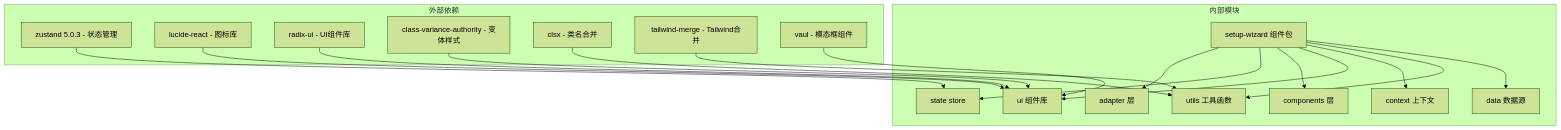
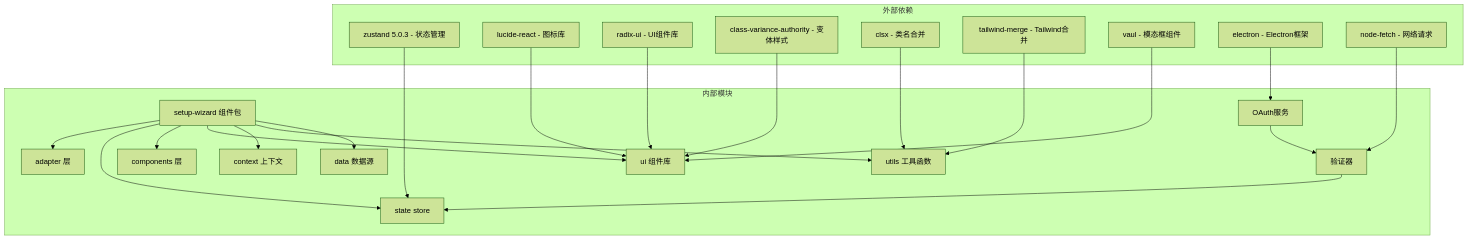
The tenth of 10 diagrams in .qoder/repowiki/zh/content/开发者指南/设置向导系统.md (verse-ai-org/openclaw), drawn with Mermaid (forest theme) before and after one commit. The commit also changed other lines of this file and 32 other files, not shown here.

````diff
--- a/.qoder/repowiki/zh/content/开发者指南/设置向导系统.md
+++ b/.qoder/repowiki/zh/content/开发者指南/设置向导系统.md
@@ -407,36 +583,44 @@
 ```mermaid
 graph TB
 subgraph "外部依赖"
 A[zustand 5.0.3 - 状态管理]
 B[lucide-react - 图标库]
 C[radix-ui - UI组件库]
 D[class-variance-authority - 变体样式]
 E[clsx - 类名合并]
 F[tailwind-merge - Tailwind合并]
 G[vaul - 模态框组件]
+H[electron - Electron框架]
+I[node-fetch - 网络请求]
 end
 subgraph "内部模块"
-H[setup-wizard 组件包]
-I[adapter 层]
-J[state store]
-K[components 层]
-L[ui 组件库]
-M[context 上下文]
-N[utils 工具函数]
-O[data 数据源]
+J[setup-wizard 组件包]
+K[adapter 层]
+L[state store]
+M[components 层]
+N[ui 组件库]
+O[context 上下文]
+P[utils 工具函数]
+Q[data 数据源]
+R[OAuth服务]
+S[验证器]
 end
-A --> J
-B --> L
-C --> L
-D --> L
-E --> N
-F --> N
-G --> L
-H --> I
-H --> J
-H --> K
-H --> L
-H --> M
-H --> N
-H --> O
+A --> L
+B --> N
+C --> N
+D --> N
+E --> P
+F --> P
+G --> N
+H --> R
+I --> S
+J --> K
+J --> L
+J --> M
+J --> N
+J --> O
+J --> P
+J --> Q
+R --> S
+S --> L
 ```
````
